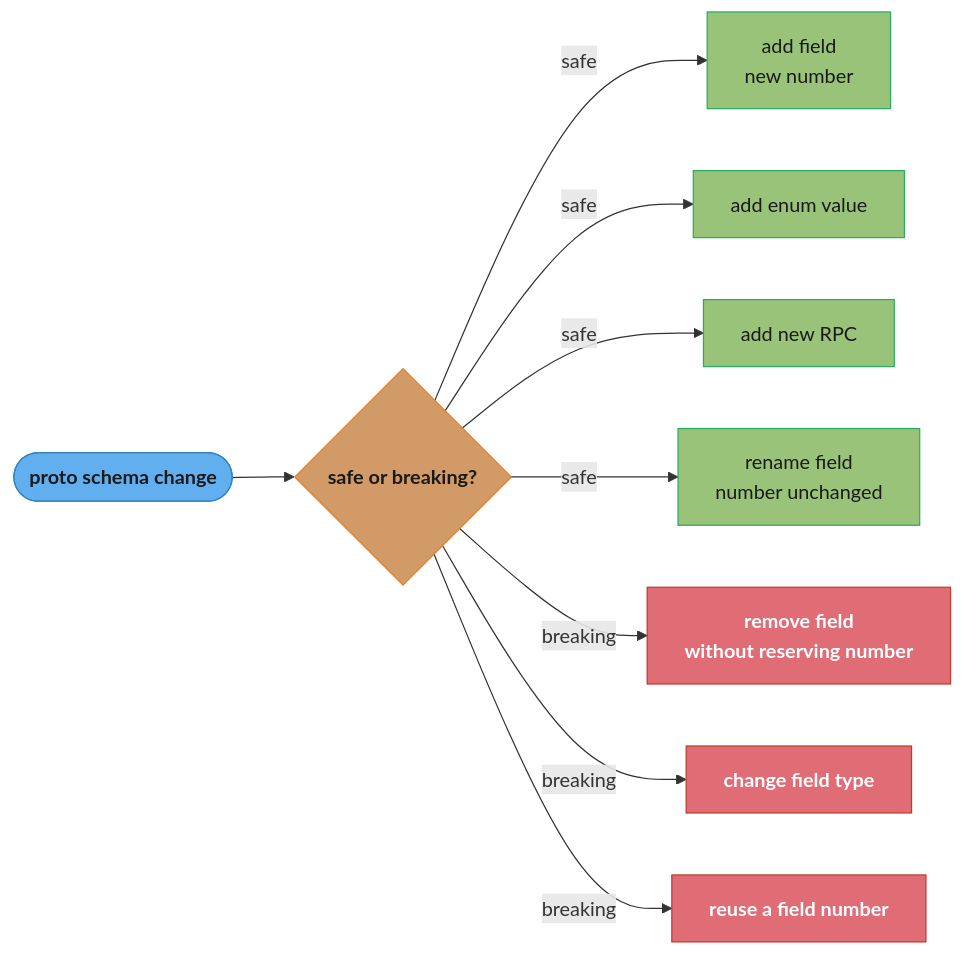
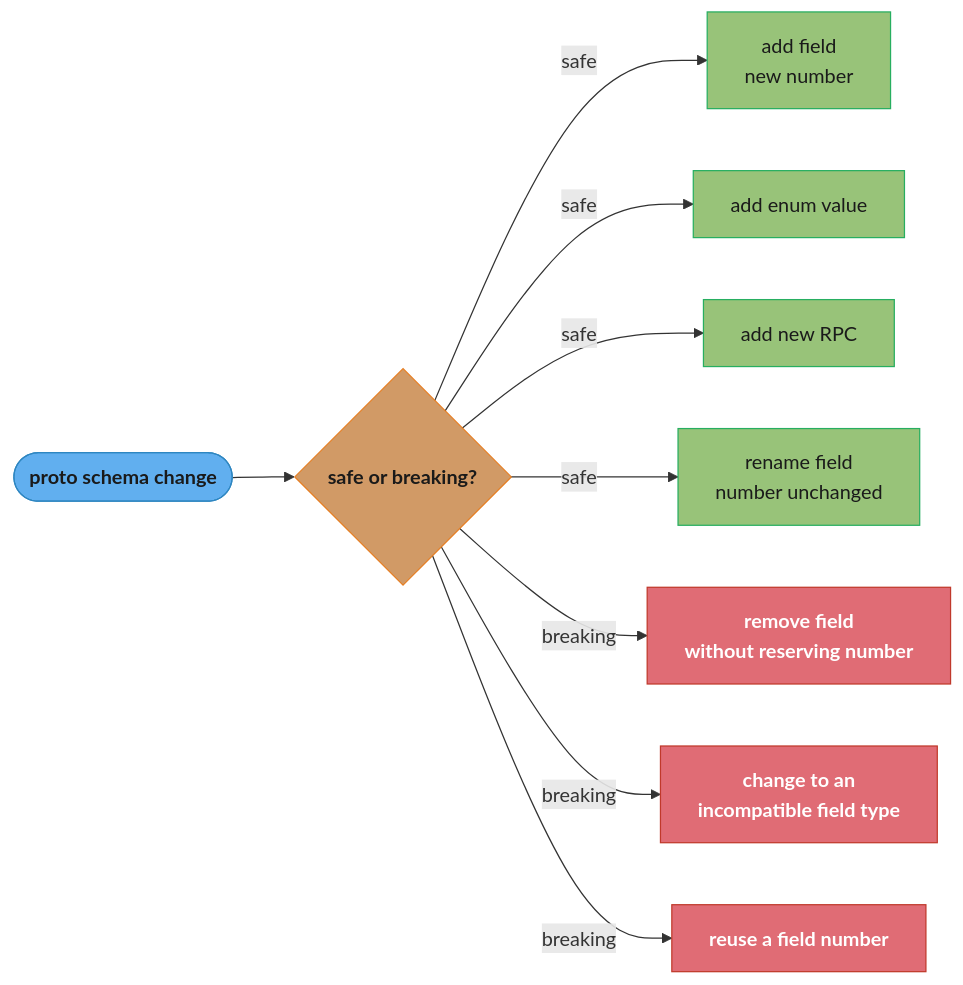
Before and after one commit to rppol/system-design: the third of 4 diagrams in src/main/java/com/rutik/systemdesign/backend/grpc_and_protobuf/README.md, drawn with Mermaid. The commit also changed other lines of this file and 21 other files, not shown here.

````diff
--- a/src/main/java/com/rutik/systemdesign/backend/grpc_and_protobuf/README.md
+++ b/src/main/java/com/rutik/systemdesign/backend/grpc_and_protobuf/README.md
@@ -192,24 +192,24 @@
 ```mermaid
 flowchart LR
     classDef io      fill:#61afef,stroke:#2e86c1,color:#1a1a1a,font-weight:bold
     classDef frozen  fill:#c678dd,stroke:#9b59b6,color:#fff
     classDef train   fill:#98c379,stroke:#27ae60,color:#1a1a1a
     classDef mathOp  fill:#d19a66,stroke:#e67e22,color:#1a1a1a,font-weight:bold
     classDef lossN   fill:#e06c75,stroke:#c0392b,color:#fff,font-weight:bold
     classDef req     fill:#56b6c2,stroke:#0097a7,color:#1a1a1a
     classDef base    fill:#e5c07b,stroke:#f39c12,color:#1a1a1a
 
     Change(["proto schema change"]) --> Decision{"safe or breaking?"}
     Decision -->|"safe"| S1["add field<br/>new number"]
     Decision -->|"safe"| S2["add enum value"]
     Decision -->|"safe"| S3["add new RPC"]
     Decision -->|"safe"| S4["rename field<br/>number unchanged"]
     Decision -->|"breaking"| B1["remove field<br/>without reserving number"]
-    Decision -->|"breaking"| B2["change field type"]
+    Decision -->|"breaking"| B2["change to an<br/>incompatible field type"]
     Decision -->|"breaking"| B3["reuse a field number"]
 
     class Change io
     class Decision mathOp
     class S1,S2,S3,S4 train
     class B1,B2,B3 lossN
 ```
````
